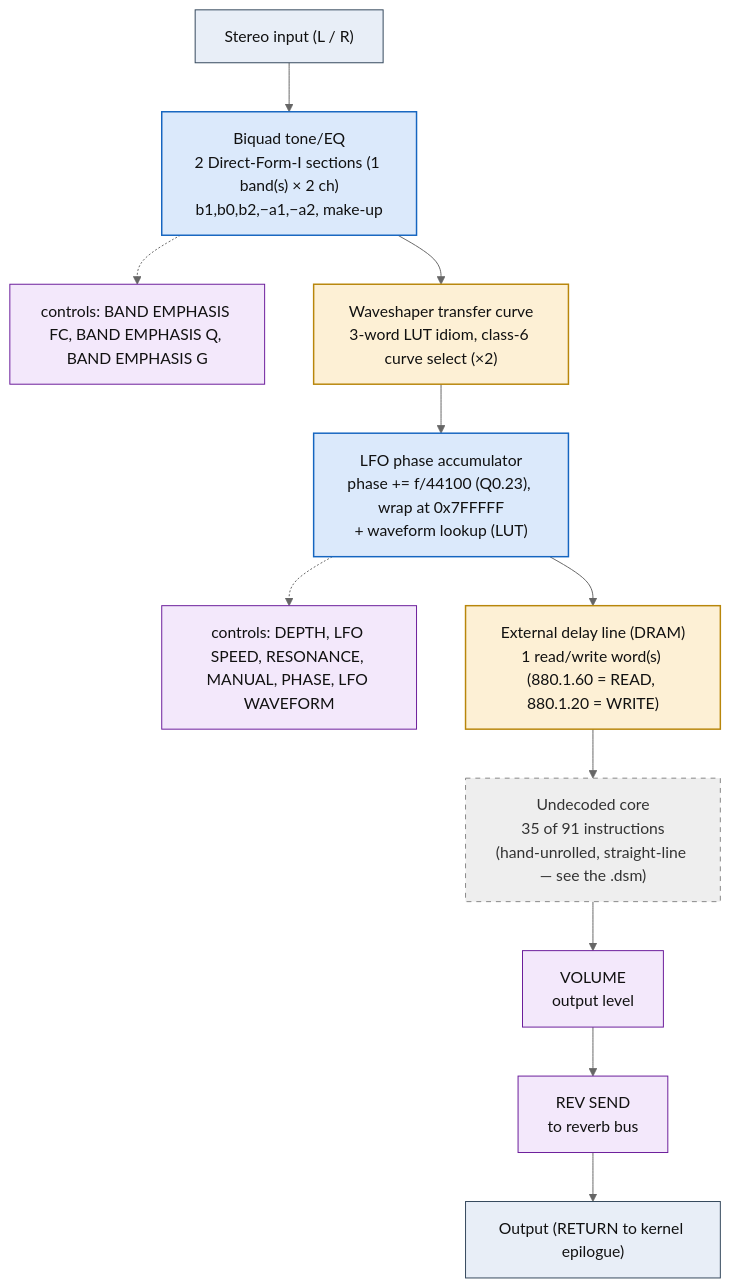
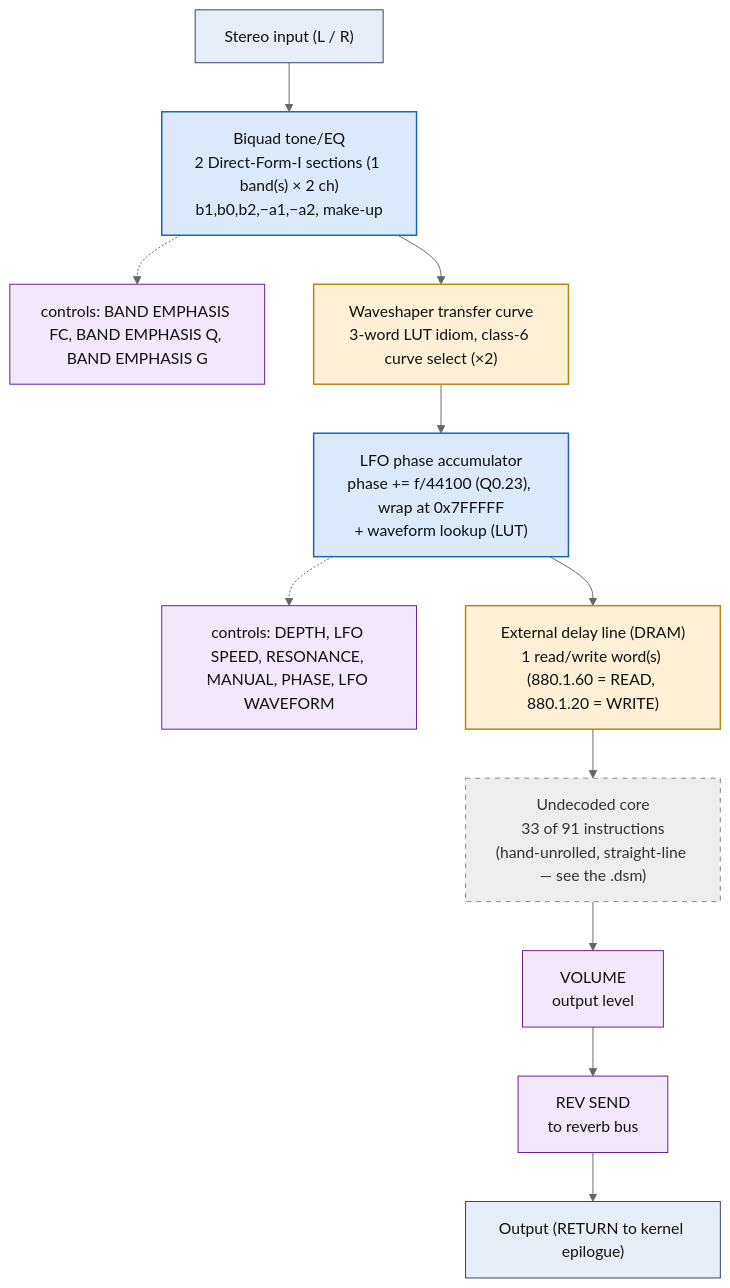
Before and after one commit to ArqueologiaDigital/kn5000-roms-disasm: the diagram in dsp/flowcharts/prog73_peq_flanger.md, drawn with Mermaid (neutral theme). The commit also changed other lines of this file and 63 other files, not shown here.

````diff
--- a/dsp/flowcharts/prog73_peq_flanger.md
+++ b/dsp/flowcharts/prog73_peq_flanger.md
@@ -12,36 +12,36 @@
 ```mermaid
 flowchart TD
     N0["Stereo input (L / R)"]
     N1["Biquad tone/EQ<br/>2 Direct-Form-I sections (1 band(s) &times; 2 ch)<br/>b1,b0,b2,&minus;a1,&minus;a2, make-up"]
     N0 --> N1
     N2["controls: BAND EMPHASIS FC, BAND EMPHASIS Q, BAND EMPHASIS G"]
     N1 -.-> N2
     N3["Waveshaper transfer curve<br/>3-word LUT idiom, class-6 curve select (&times;2)"]
     N1 --> N3
     N4["LFO phase accumulator<br/>phase += f/44100 (Q0.23), wrap at 0x7FFFFF<br/>+ waveform lookup (LUT)"]
     N3 --> N4
     N5["controls: DEPTH, LFO SPEED, RESONANCE, MANUAL, PHASE, LFO WAVEFORM"]
     N4 -.-> N5
     N6["External delay line (DRAM)<br/>1 read/write word(s) (880.1.60 = READ, 880.1.20 = WRITE)"]
     N4 --> N6
-    N7["Undecoded core<br/>35 of 91 instructions<br/>(hand-unrolled, straight-line &mdash; see the .dsm)"]
+    N7["Undecoded core<br/>33 of 91 instructions<br/>(hand-unrolled, straight-line &mdash; see the .dsm)"]
     N6 --> N7
     N8["VOLUME<br/>output level"]
     N7 --> N8
     N9["REV SEND<br/>to reverb bus"]
     N8 --> N9
     N10["Output (RETURN to kernel epilogue)"]
     N9 --> N10
 
     classDef io fill:#e8eef7,stroke:#33475b,stroke-width:1px,color:#111;
     classDef proven fill:#d7f0d7,stroke:#2e7d32,stroke-width:2px,color:#111;
     classDef measured fill:#dbe9fb,stroke:#1565c0,stroke-width:1.5px,color:#111;
     classDef inferred fill:#fdf0d5,stroke:#b8860b,stroke-width:1.5px,color:#111;
     classDef open fill:#eeeeee,stroke:#888,stroke-width:1px,color:#333,stroke-dasharray:5 5;
     classDef ctrl fill:#f3e8fb,stroke:#6a1b9a,stroke-width:1px,color:#111;
     class N0,N10 io;
     class N1,N4 measured;
     class N2,N5,N8,N9 ctrl;
     class N3,N6 inferred;
     class N7 open;
 ```
````
